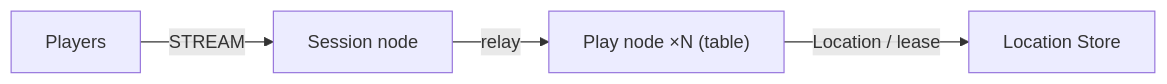
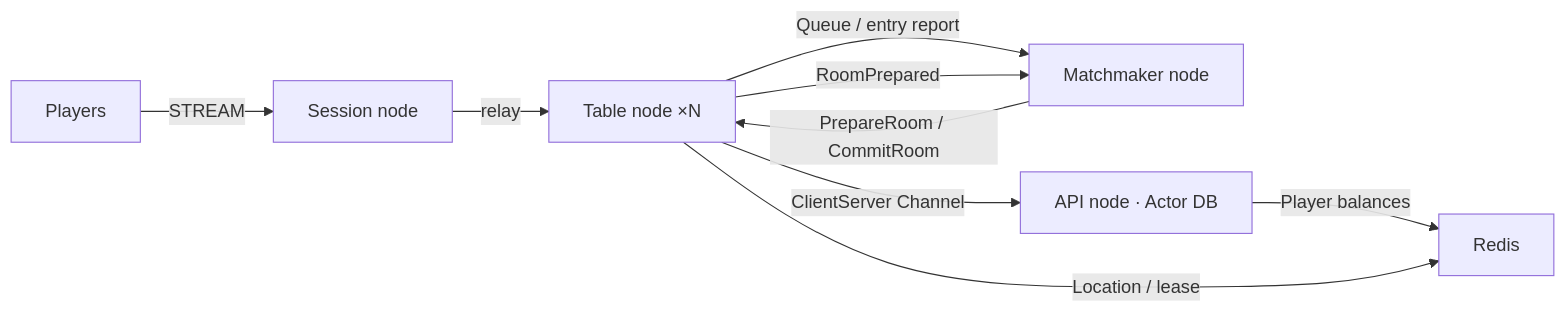
Before and after one commit to zlink-systems/zlink: the diagram in framework/languages/java/templates/kotlin/board-tables/my-game/README.md, drawn with Mermaid. The commit also changed other lines of this file and 760 other files, not shown here.

First line of the commit message:
feat(templates): Java·Kotlin 템플릿 24개를 run-server·run-e2e 분리·로그·ws·매치메이킹·API node 형태로, Framework 0.34.2 (#4624)

````diff
--- a/framework/languages/java/templates/kotlin/board-tables/my-game/README.md
+++ b/framework/languages/java/templates/kotlin/board-tables/my-game/README.md
@@ -5,6 +7,11 @@
 ```mermaid
 flowchart LR
-  players[Players] -->|STREAM| session["Session node"]
-  session -->|relay| table["Play node ×N (table)"]
-  table -->|Location / lease| location[Location Store]
+  players[Players] -->|STREAM| session[Session node]
+  session -->|relay| table[Table node ×N]
+  table -->|Queue / entry report| pool[Matchmaker node]
+  pool -->|PrepareRoom / CommitRoom| table
+  table -->|RoomPrepared| pool
+  table -->|ClientServer Channel| api[API node · Actor DB]
+  api -->|Player balances| location[Redis]
+  table -->|Location / lease| location
 ```
````
